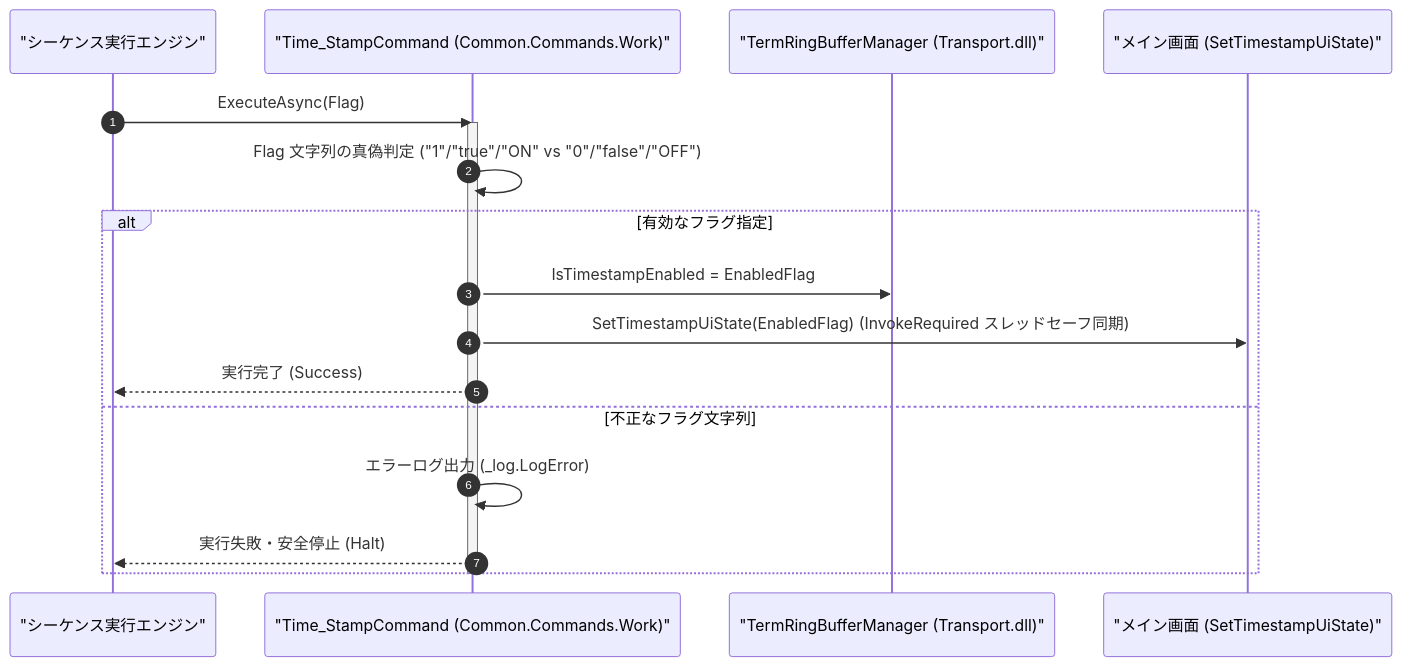
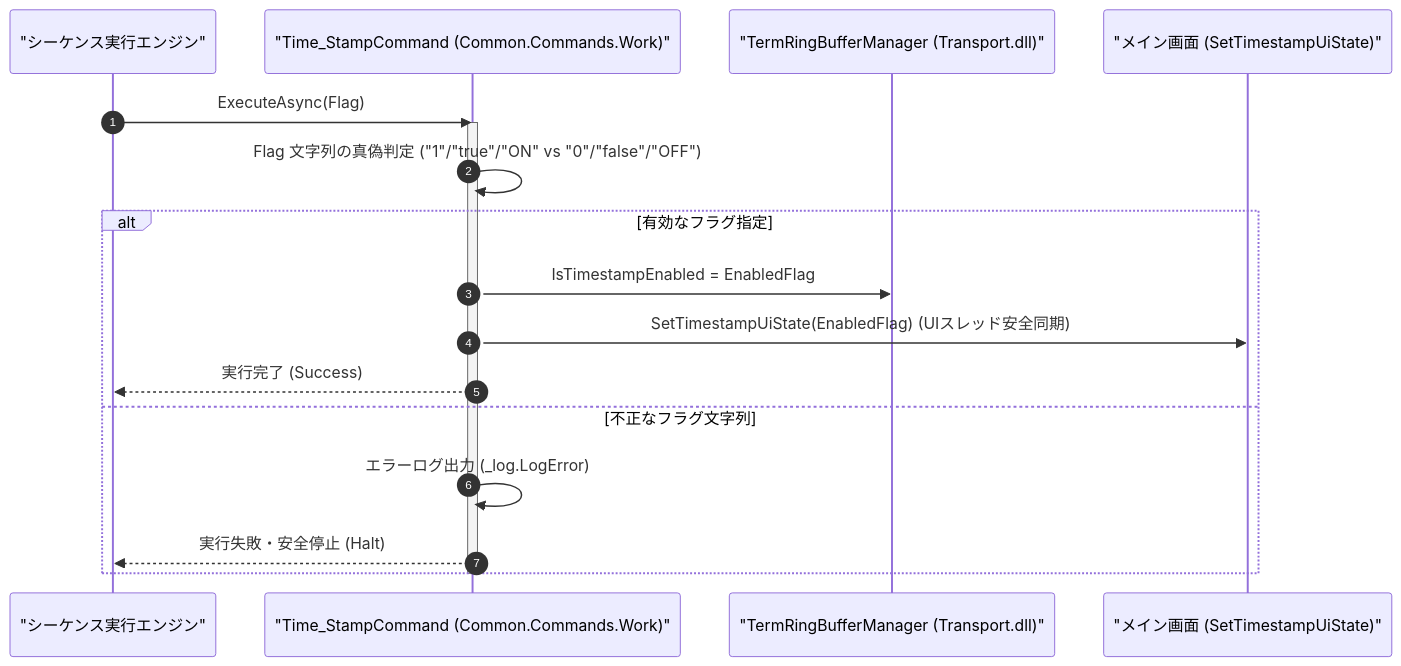
The diagram in Manual/Core/Work/Time_Stamp.Md (Monaca-App/TermAddIn), drawn with Mermaid before and after one commit. The commit also changed other lines of this file and 40 other files, not shown here.

````diff
--- a/Manual/Core/Work/Time_Stamp.Md
+++ b/Manual/Core/Work/Time_Stamp.Md
@@ -70,21 +71,21 @@
 ```mermaid
 sequenceDiagram
     autonumber
     participant Engine as "シーケンス実行エンジン"
     participant Cmd as "Time_StampCommand (Common.Commands.Work)"
     participant Ring as "TermRingBufferManager (Transport.dll)"
     participant UI as "メイン画面 (SetTimestampUiState)"
 
     Engine->>Cmd: ExecuteAsync(Flag)
     activate Cmd
     Cmd->>Cmd: Flag 文字列の真偽判定 ("1"/"true"/"ON" vs "0"/"false"/"OFF")
     alt 有効なフラグ指定
         Cmd->>Ring: IsTimestampEnabled = EnabledFlag
-        Cmd->>UI: SetTimestampUiState(EnabledFlag) (InvokeRequired スレッドセーフ同期)
+        Cmd->>UI: SetTimestampUiState(EnabledFlag) (UIスレッド安全同期)
         Cmd-->>Engine: 実行完了 (Success)
     else 不正なフラグ文字列
         Cmd->>Cmd: エラーログ出力 (_log.LogError)
         Cmd-->>Engine: 実行失敗・安全停止 (Halt)
     end
     deactivate Cmd
 ```
````
